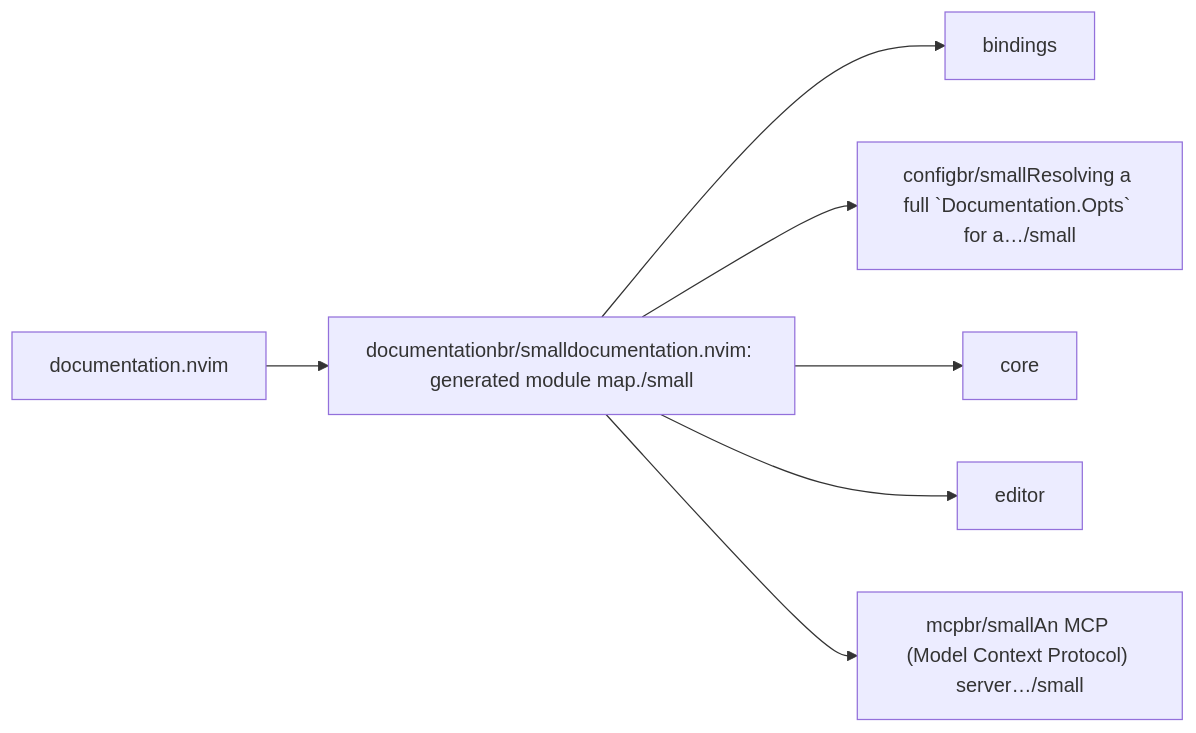
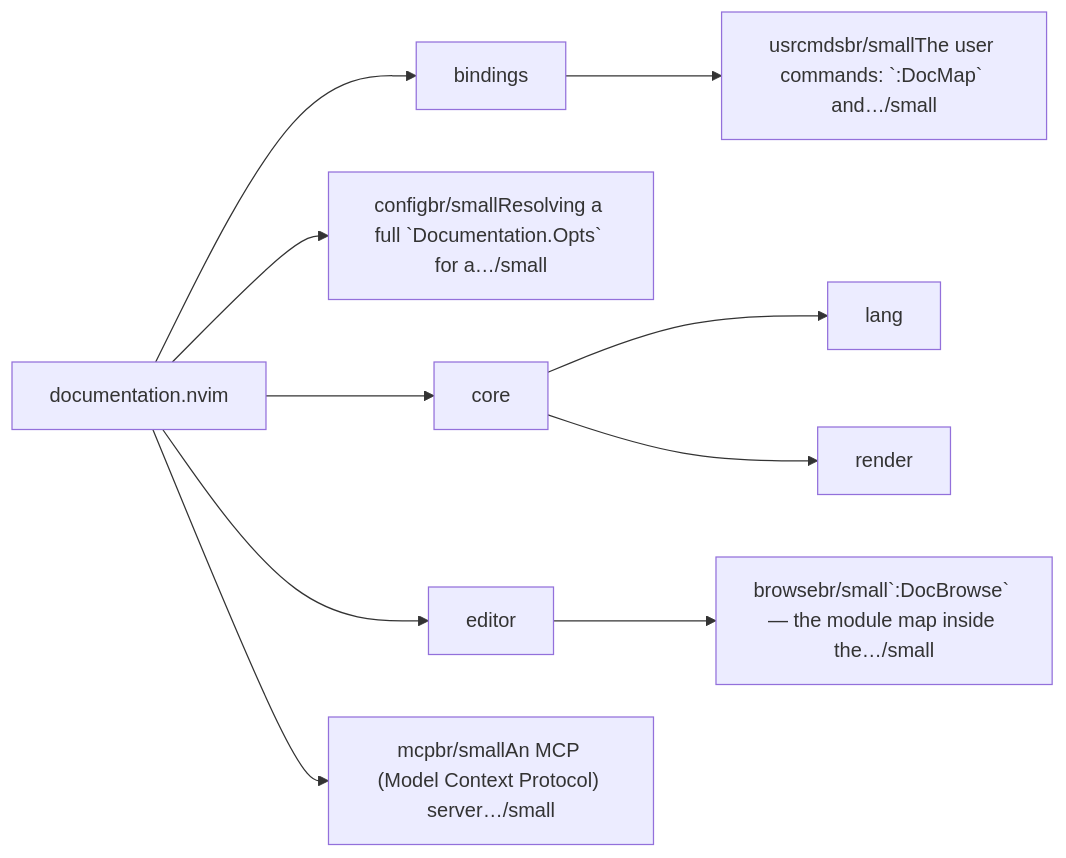
The first of 2 diagrams in docs/map/overview.md (StefanBartl/documentation.nvim), drawn with Mermaid before and after one commit. The commit also changed other lines of this file and 14 other files, not shown here.

````diff
--- a/docs/map/overview.md
+++ b/docs/map/overview.md
@@ -14,16 +14,22 @@
 ```mermaid
 flowchart LR
-  nlua["documentation.nvim"]
-  nlua_documentation["documentationbr/smalldocumentation.nvim: generated module map./small"]
+  nlua_documentation["documentation.nvim"]
   nlua_documentation_bindings["bindings"]
+  nlua_documentation_bindings_usrcmds["usrcmdsbr/smallThe user commands: `:DocMap` and…/small"]
   nlua_documentation_config["configbr/smallResolving a full `Documentation.Opts` for a…/small"]
   nlua_documentation_core["core"]
+  nlua_documentation_core_lang["lang"]
+  nlua_documentation_core_render["render"]
   nlua_documentation_editor["editor"]
+  nlua_documentation_editor_browse["browsebr/small`:DocBrowse` — the module map inside the…/small"]
   nlua_documentation_mcp["mcpbr/smallAn MCP (Model Context Protocol) server…/small"]
-  nlua --> nlua_documentation
   nlua_documentation --> nlua_documentation_bindings
+  nlua_documentation_bindings --> nlua_documentation_bindings_usrcmds
   nlua_documentation --> nlua_documentation_config
   nlua_documentation --> nlua_documentation_core
+  nlua_documentation_core --> nlua_documentation_core_lang
+  nlua_documentation_core --> nlua_documentation_core_render
   nlua_documentation --> nlua_documentation_editor
+  nlua_documentation_editor --> nlua_documentation_editor_browse
   nlua_documentation --> nlua_documentation_mcp
 ```
````
